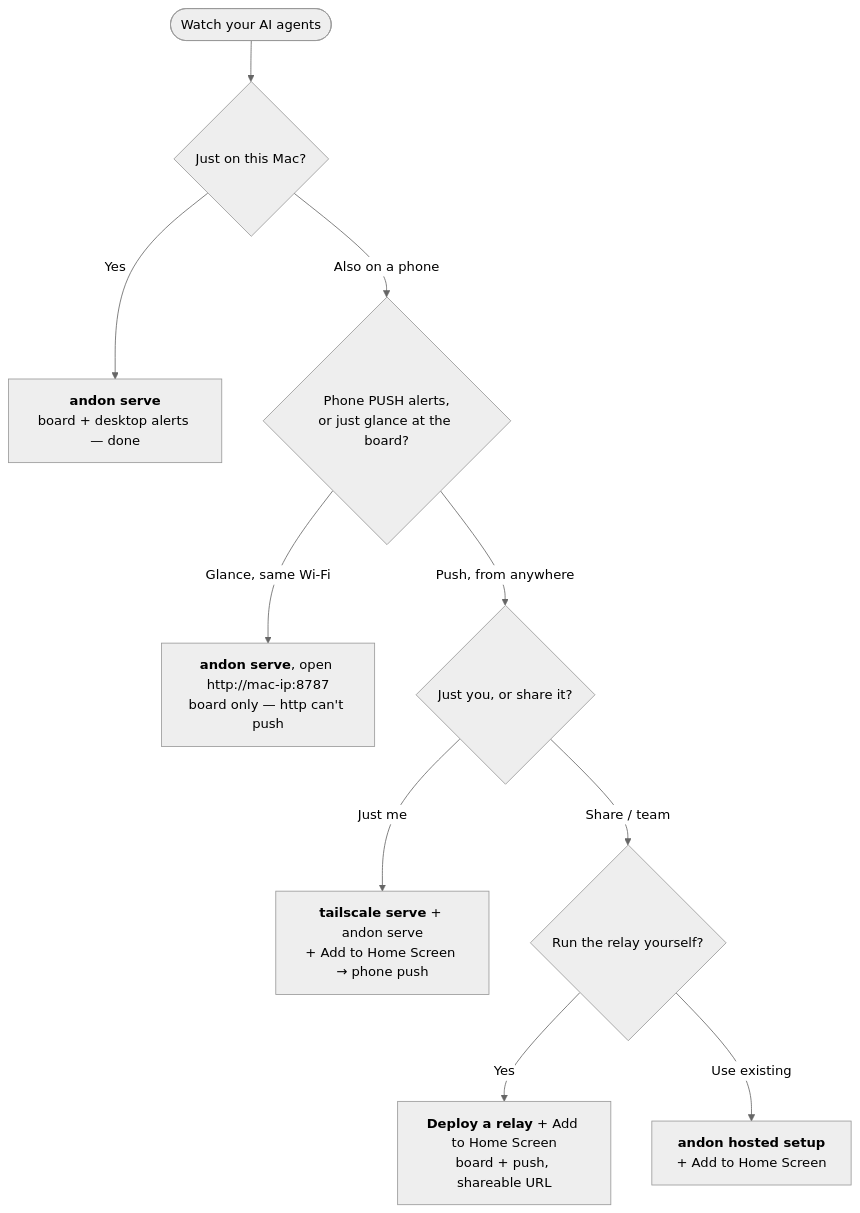
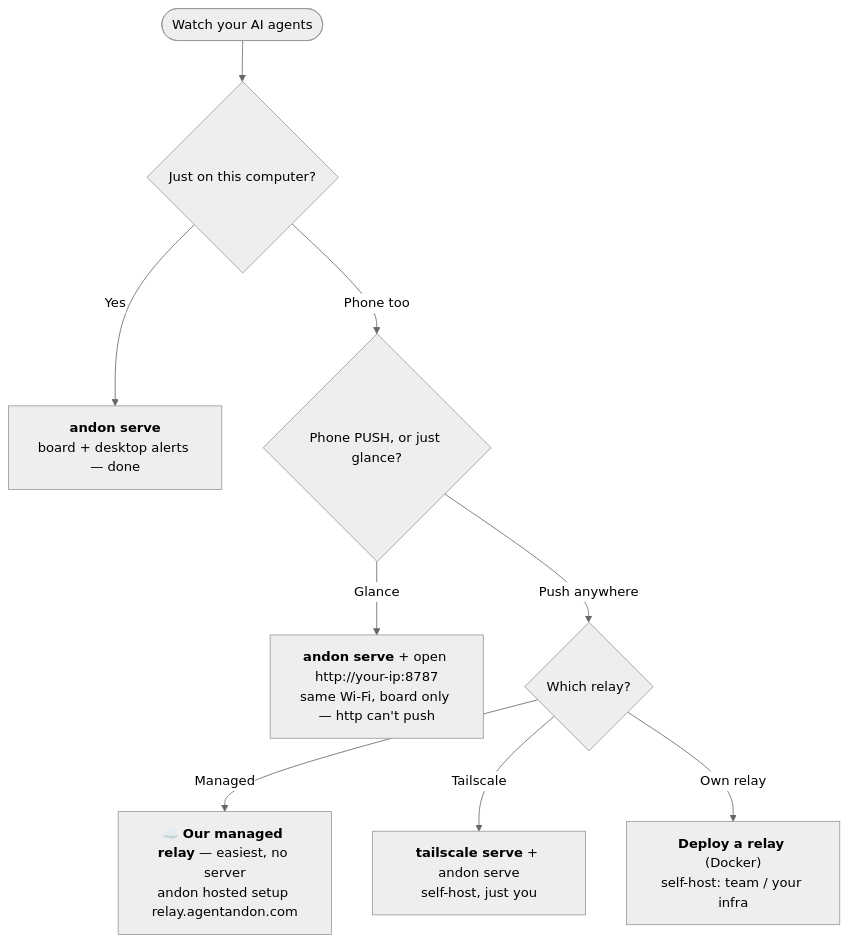
Before and after one commit to tianshanghong/agent-andon: the diagram in README.md, drawn with Mermaid (neutral theme). The commit also changed other lines of this file and 3 other files, not shown here.

First line of the commit message:
docs/ui: drop Mac-centric copy (cross-platform) + lead phone push with our managed relay

````diff
--- a/README.md
+++ b/README.md
@@ -374,12 +375,11 @@
 ```mermaid
 flowchart TD
-    A(["Watch your AI agents"]) --> B{"Just on this Mac?"}
+    A(["Watch your AI agents"]) --> B{"Just on this computer?"}
     B -->|Yes| S["<b>andon serve</b><br/>board + desktop alerts — done"]
-    B -->|Also on a phone| C{"Phone PUSH alerts,<br/>or just glance at the board?"}
-    C -->|Glance, same Wi-Fi| L["<b>andon serve</b>, open http://mac-ip:8787<br/>board only — http can't push"]
-    C -->|Push, from anywhere| P{"Just you, or share it?"}
-    P -->|Just me| T["<b>tailscale serve</b> + andon serve<br/>+ Add to Home Screen → phone push"]
-    P -->|Share / team| E{"Run the relay yourself?"}
-    E -->|Yes| R["<b>Deploy a relay</b> + Add to Home Screen<br/>board + push, shareable URL"]
-    E -->|Use existing| H["<b>andon hosted setup</b><br/>+ Add to Home Screen"]
+    B -->|Phone too| C{"Phone PUSH, or just glance?"}
+    C -->|Glance| L["<b>andon serve</b> + open http://your-ip:8787<br/>same Wi-Fi, board only — http can't push"]
+    C -->|Push anywhere| M{"Which relay?"}
+    M -->|Managed| G["☁️ <b>Our managed relay</b> — easiest, no server<br/>andon hosted setup relay.agentandon.com"]
+    M -->|Tailscale| T["<b>tailscale serve</b> + andon serve<br/>self-host, just you"]
+    M -->|Own relay| R["<b>Deploy a relay</b> (Docker)<br/>self-host: team / your infra"]
 ```
````
